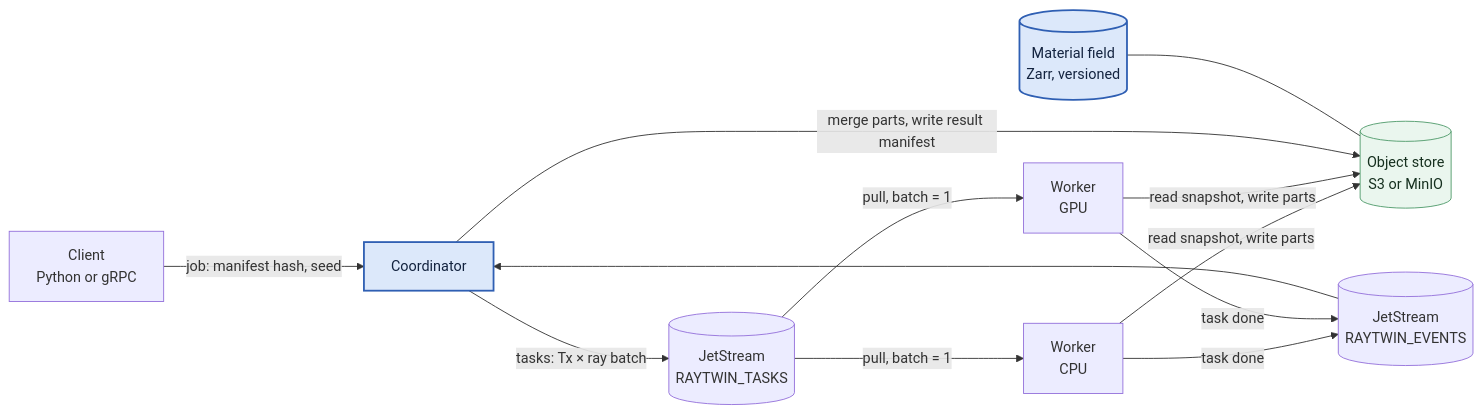
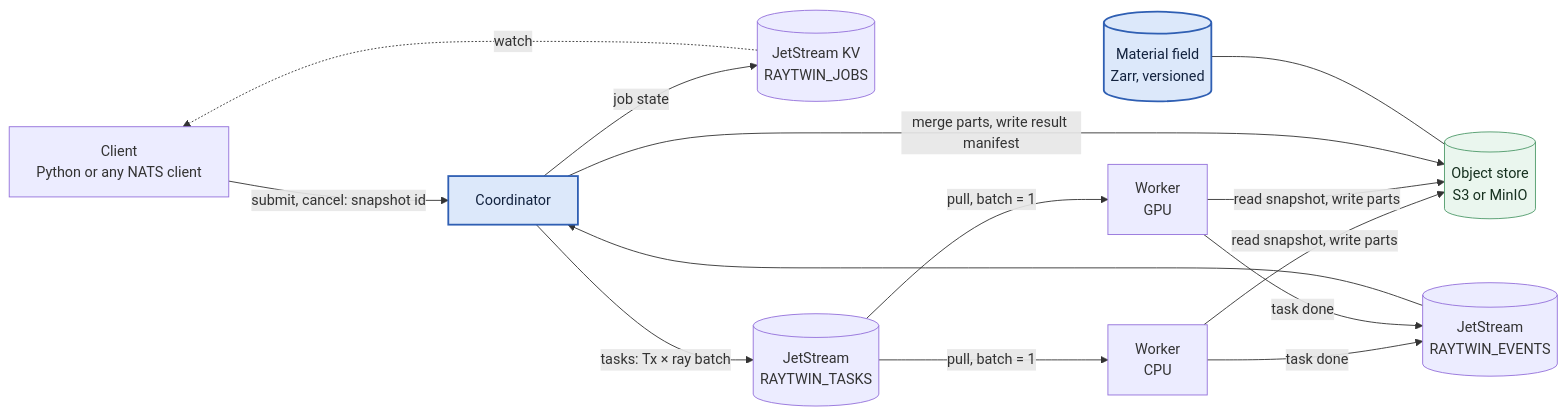
The second of 10 diagrams in README.md (NguyenVu04/ray-twin), drawn with Mermaid before and after one commit. The commit also changed other lines of this file and 20 other files, not shown here.

Commit message:
update architecture

````diff
--- a/README.md
+++ b/README.md
@@ -109,16 +111,18 @@
 ```mermaid
 flowchart LR
-    CL["Client<br/>Python or gRPC"] -->|"job: manifest hash, seed"| CO["Coordinator"]:::hl
+    CL["Client<br/>Python or any NATS client"] -->|"submit, cancel: snapshot id"| CO["Coordinator"]:::hl
+    CO -->|"job state"| KV[("JetStream KV<br/>RAYTWIN_JOBS")]
+    KV -.->|"watch"| CL
     CO -->|"tasks: Tx × ray batch"| TQ[("JetStream<br/>RAYTWIN_TASKS")]
     TQ -->|"pull, batch = 1"| W1["Worker<br/>CPU"]
     TQ -->|"pull, batch = 1"| W2["Worker<br/>GPU"]
     W1 -->|"read snapshot, write parts"| OS[("Object store<br/>S3 or MinIO")]:::store
     W2 -->|"read snapshot, write parts"| OS
     W1 -->|"task done"| EV[("JetStream<br/>RAYTWIN_EVENTS")]
     W2 -->|"task done"| EV
     EV --> CO
     CO -->|"merge parts, write result manifest"| OS
     MF[("Material field<br/>Zarr, versioned")]:::hl --- OS
     classDef hl fill:#DCE8FA,stroke:#2F5FB3,color:#13233F,stroke-width:2px
     classDef store fill:#EAF6EE,stroke:#4E9A6A,color:#16301F
 ```
````
